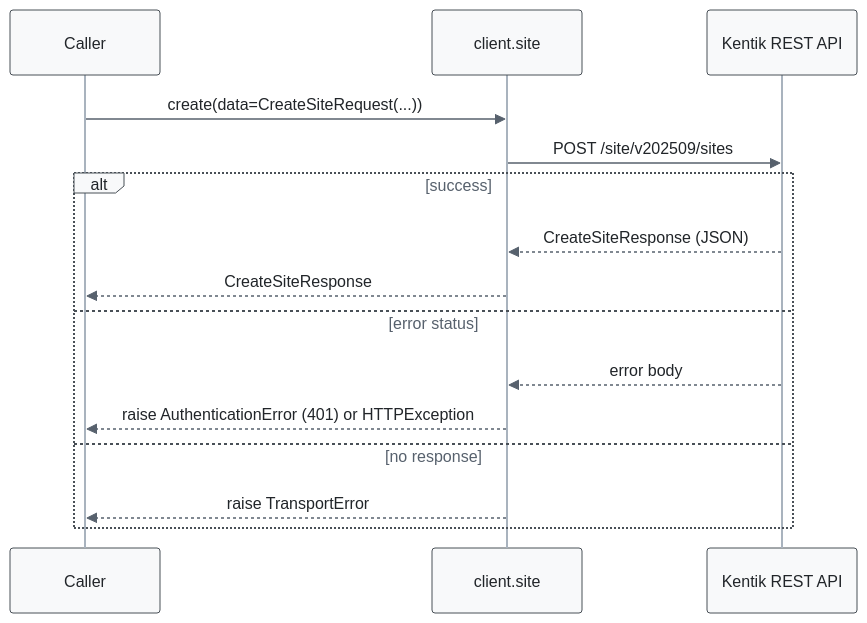
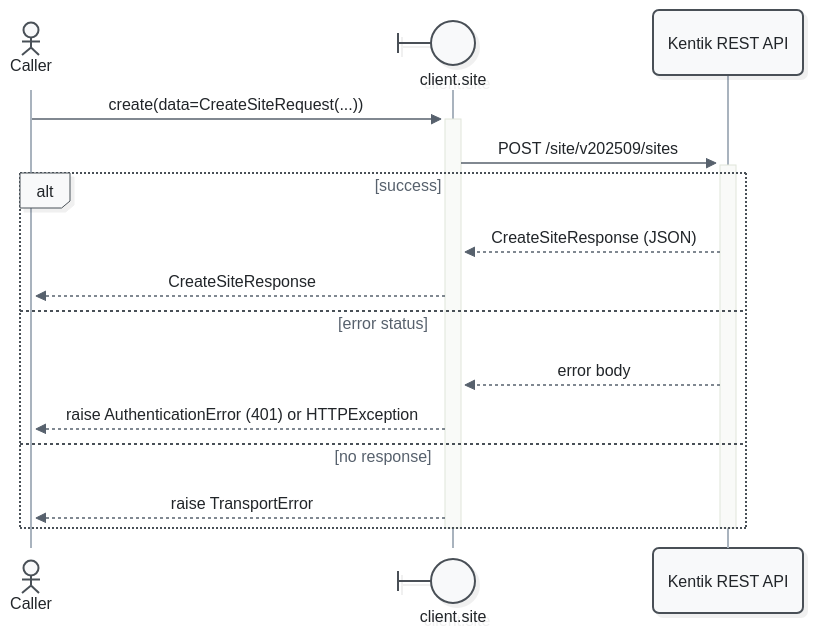
One commit to alexdearaujo/community_sdk_python changed diagram 13 of 21 in docs/sphinx/services/site.md. Above: the diagram before and after it, drawn with Mermaid. The commit also changed other lines of this file and 52 other files, not shown here.

First line of the commit message:
docs: Mermaid 12 sequence diagrams with participant types and path colors

````diff
--- a/docs/sphinx/services/site.md
+++ b/docs/sphinx/services/site.md
@@ -489,19 +519,21 @@
 ```mermaid
-%%{init: {"theme": "base", "fontFamily": "ui-monospace, SFMono-Regular, Menlo, monospace", "themeVariables": {"fontFamily": "ui-monospace, SFMono-Regular, Menlo, monospace", "primaryColor": "#f8f9fa", "primaryBorderColor": "#495057", "primaryTextColor": "#212529", "textColor": "#212529", "lineColor": "#77818c", "edgeLabelBackground": "#ffffff", "actorBkg": "#f8f9fa", "actorBorder": "#495057", "actorTextColor": "#212529", "actorLineColor": "#a9b3be", "signalColor": "#57616d", "signalTextColor": "#212529", "labelBoxBkgColor": "#f8f9fa", "labelBoxBorderColor": "#495057", "labelTextColor": "#212529", "loopTextColor": "#57616d", "noteBkgColor": "#fff9db", "noteBorderColor": "#f08c00", "noteTextColor": "#a35a00"}, "flowchart": {"curve": "step", "nodeSpacing": 30, "rankSpacing": 70, "wrappingWidth": 400}}}%%
+%%{init: {"theme": "redux", "look": "neo", "layout": "dagre", "fontFamily": "ui-monospace, SFMono-Regular, Menlo, monospace", "themeVariables": {"fontFamily": "ui-monospace, SFMono-Regular, Menlo, monospace", "primaryColor": "#f8f9fa", "primaryBorderColor": "#495057", "primaryTextColor": "#212529", "textColor": "#212529", "lineColor": "#77818c", "edgeLabelBackground": "#ffffff", "actorBkg": "#f8f9fa", "actorBorder": "#495057", "actorTextColor": "#212529", "actorLineColor": "#a9b3be", "signalColor": "#57616d", "signalTextColor": "#212529", "labelBoxBkgColor": "#f8f9fa", "labelBoxBorderColor": "#495057", "labelTextColor": "#212529", "loopTextColor": "#57616d", "noteBkgColor": "#fff9db", "noteBorderColor": "#f08c00", "noteTextColor": "#a35a00"}, "sequence": {"activationWidth": 16}, "flowchart": {"curve": "step", "nodeSpacing": 30, "rankSpacing": 70, "wrappingWidth": 400}}}%%
 sequenceDiagram
-    participant C as Caller
-    participant W as client.site
+    actor C as Caller
+    participant W@{ "type": "boundary" } as client.site
     participant API as Kentik REST API
 
-    C->>W: create(data=CreateSiteRequest(...))
-    W->>API: POST /site/v202509/sites
+    C->>+W: create(data=CreateSiteRequest(...))
+    W->>+API: POST /site/v202509/sites
     alt success
         API-->>W: CreateSiteResponse (JSON)
         W-->>C: CreateSiteResponse
     else error status
         API-->>W: error body
         W-->>C: raise AuthenticationError (401) or HTTPException
     else no response
         W-->>C: raise TransportError
     end
+    deactivate API
+    deactivate W
 ```
````
